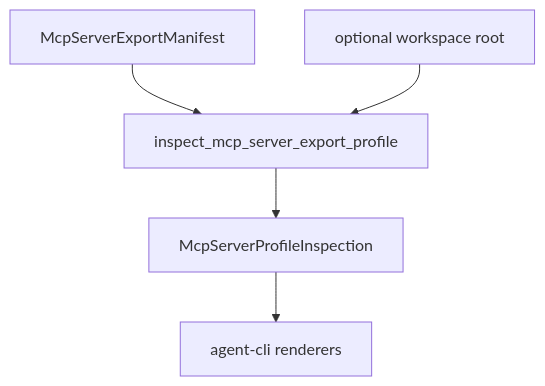
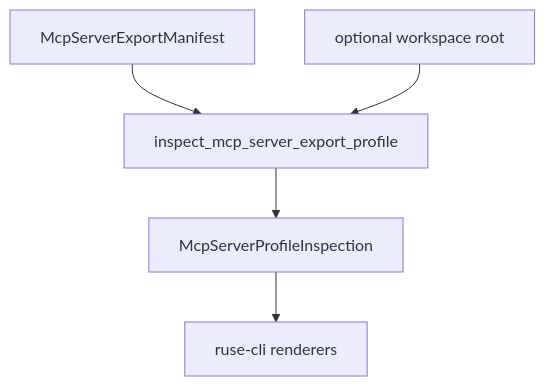
One commit to poneding/agent changed the diagram in docs/specs/M34-00-mcp-export-profile-inspection-technical-design.spec.md. Above: the diagram before and after it, drawn with Mermaid. The commit also changed other lines of this file and 2091 other files, not shown here.

First line of the commit message:
refactor: rename agent branding to ruse

````diff
--- a/docs/specs/M34-00-mcp-export-profile-inspection-technical-design.spec.md
+++ b/docs/specs/M34-00-mcp-export-profile-inspection-technical-design.spec.md
@@ -30,7 +30,7 @@
 ```mermaid
 flowchart TD
   Parsed["McpServerExportManifest"] --> Inspect["inspect_mcp_server_export_profile"]
   Workspace["optional workspace root"] --> Inspect
   Inspect --> Summary["McpServerProfileInspection"]
-  Summary --> CLI["agent-cli renderers"]
+  Summary --> CLI["ruse-cli renderers"]
 ```
````
